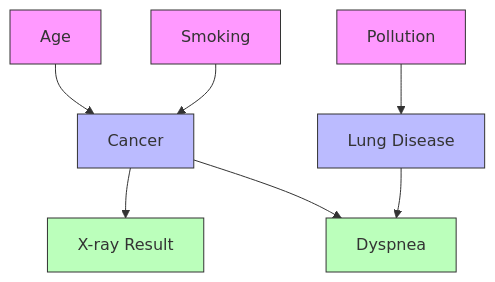
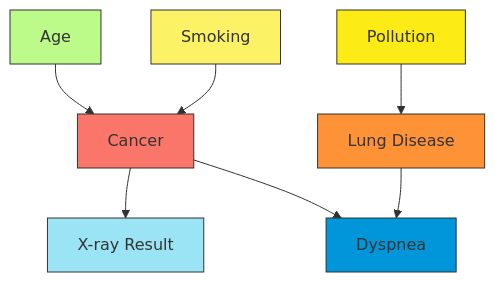
One commit to Chaklader/part-of-speech-tagging changed the fifth of 13 diagrams in C_4.md. Above: the diagram before and after it, drawn with Mermaid. The commit also changed other lines of this file, not shown here.

````diff
--- a/C_4.md
+++ b/C_4.md
@@ -787,17 +807,17 @@
 ```mermaid
 graph TD
     A[Age] --> C[Cancer]
     S[Smoking] --> C
     C --> X[X-ray Result]
     C --> D[Dyspnea]
     P[Pollution] --> L[Lung Disease]
     L --> D
 
-    style A fill:#f9f,stroke:#333
-    style S fill:#f9f,stroke:#333
-    style C fill:#bbf,stroke:#333
-    style X fill:#bfb,stroke:#333
-    style D fill:#bfb,stroke:#333
-    style P fill:#f9f,stroke:#333
-    style L fill:#bbf,stroke:#333
+    style A fill:#BCFB89,stroke:#333,stroke-width:1px
+    style S fill:#FBF266,stroke:#333,stroke-width:1px
+    style C fill:#FA756A,stroke:#333,stroke-width:1px
+    style X fill:#9AE4F5,stroke:#333,stroke-width:1px
+    style D fill:#0096D9,stroke:#333,stroke-width:1px
+    style P fill:#FCEB14,stroke:#333,stroke-width:1px
+    style L fill:#FE9237,stroke:#333,stroke-width:1px
 ```
````
